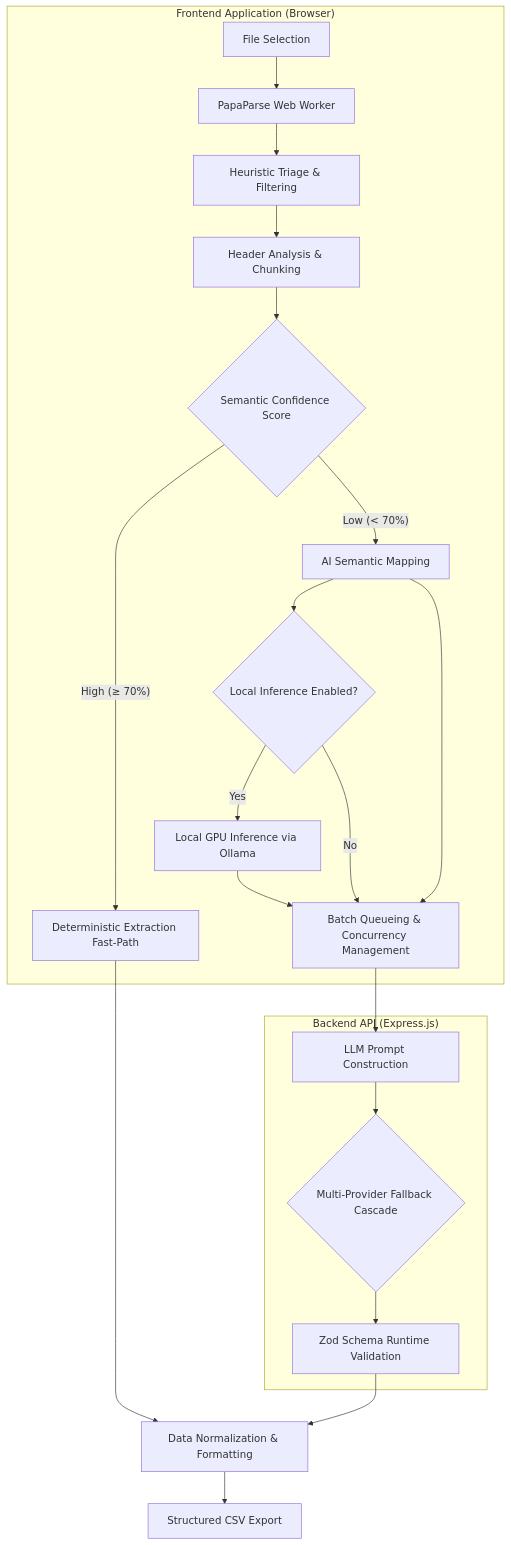
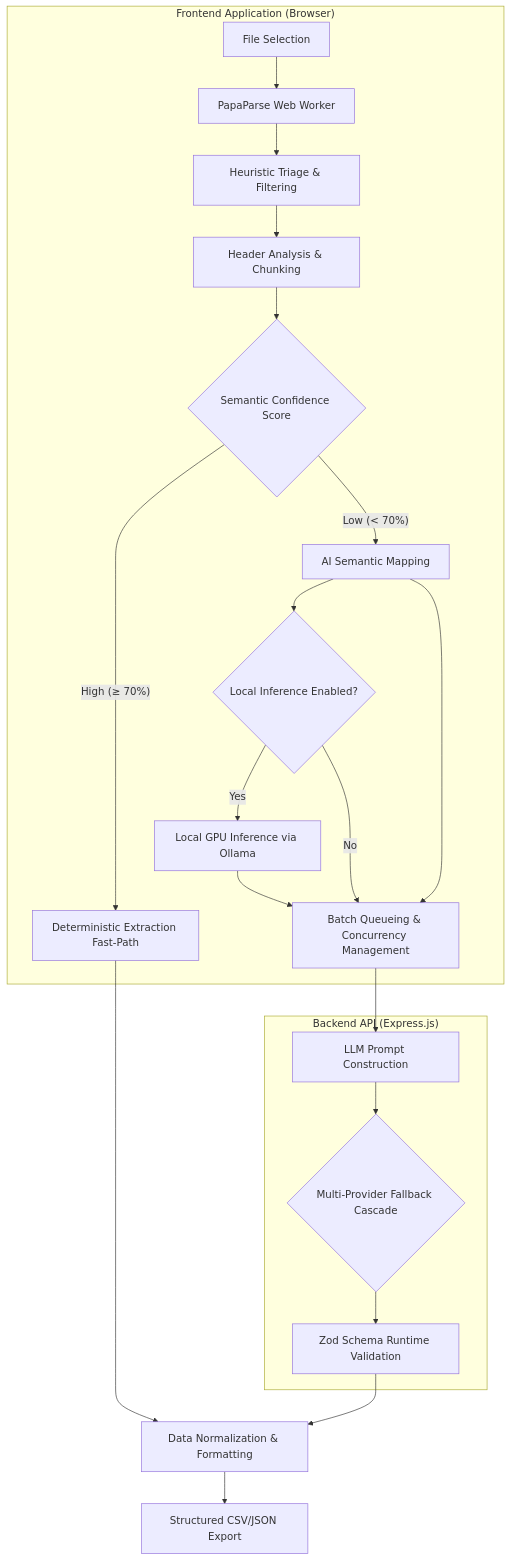
One commit to notUbaid/GridSense changed the diagram in README.md. Above: the diagram before and after it, drawn with Mermaid. The commit also changed other lines of this file, not shown here.

Commit message:
docs: overhaul README with deep engineering decisions, architecture diagrams, and lessons learned for internship evaluation

````diff
--- a/README.md
+++ b/README.md
@@ -32,26 +53,26 @@
 ```mermaid
 flowchart TD
     subgraph Client ["Frontend Application (Browser)"]
         A[File Selection] --> B[PapaParse Web Worker]
         B --> C[Heuristic Triage & Filtering]
         C --> D[Header Analysis & Chunking]
         D --> E{Semantic Confidence Score}
         E -- "High (≥ 70%)" --> F[Deterministic Extraction Fast-Path]
         E -- "Low (< 70%)" --> G[AI Semantic Mapping]
         G --> O{Local Inference Enabled?}
         O -- "Yes" --> P[Local GPU Inference via Ollama]
         P --> H
     end
 
     subgraph Server ["Backend API (Express.js)"]
         G --> H[Batch Queueing & Concurrency Management]
         O -- "No" --> H
         H --> I[LLM Prompt Construction]
         I --> J{Multi-Provider Fallback Cascade}
         J --> K[Zod Schema Runtime Validation]
     end
 
     F --> L[Data Normalization & Formatting]
     K --> L
-    L --> M[Structured CSV Export]
+    L --> M[Structured CSV/JSON Export]
 ```
````
